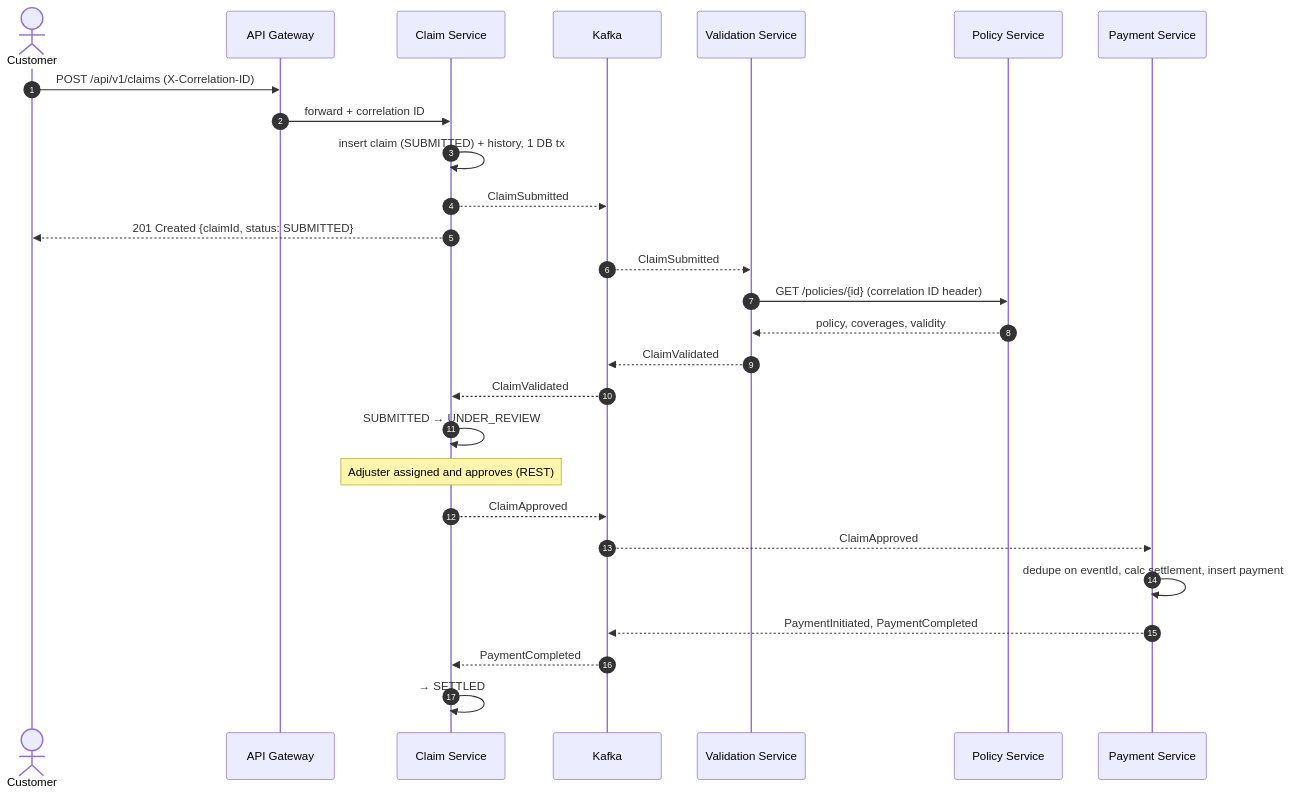
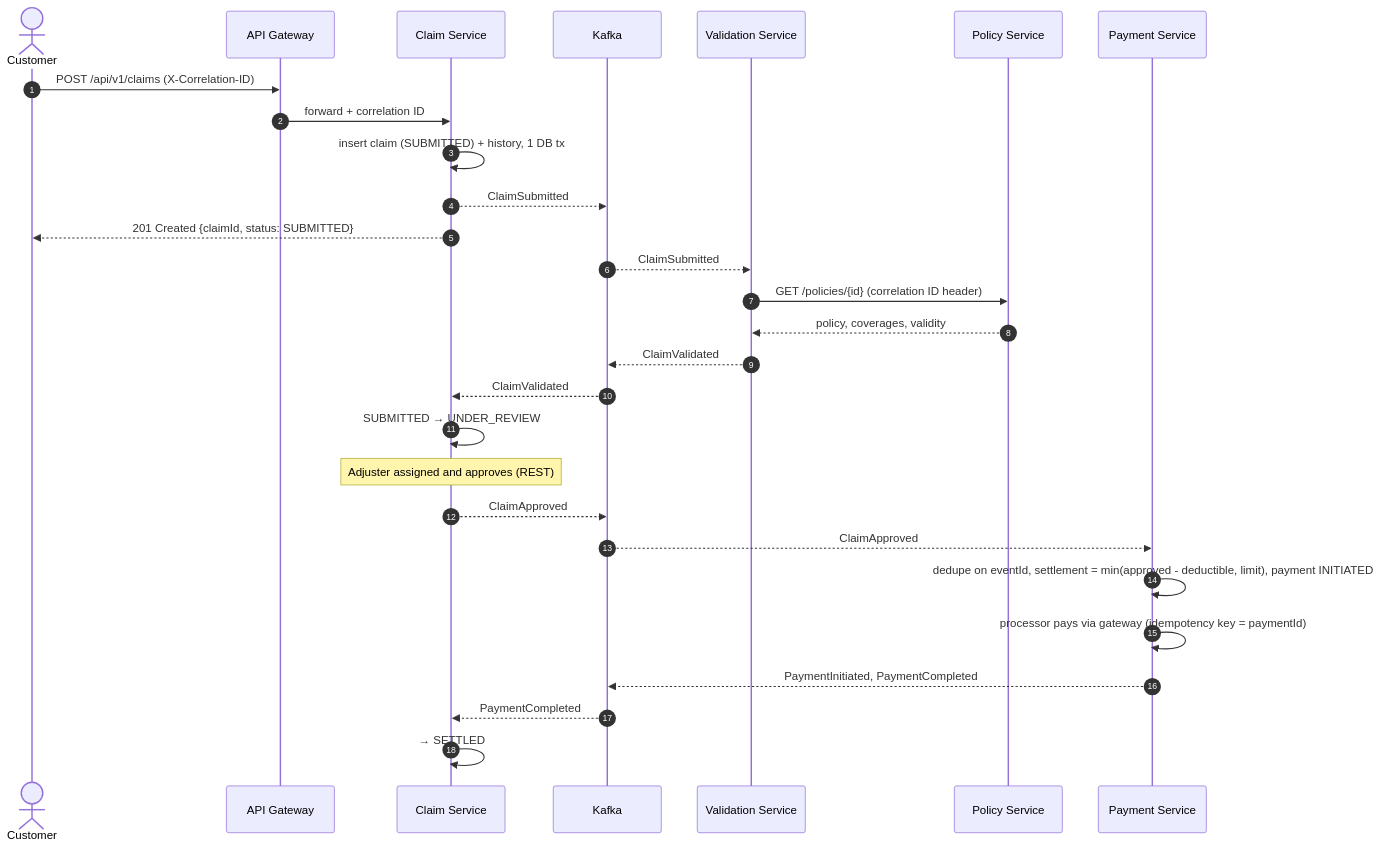
One commit to rajdeephere/claimflow changed the third of 5 diagrams in docs/system-design.md. Above: the diagram before and after it, drawn with Mermaid. The commit also changed other lines of this file and 45 other files, not shown here.

First line of the commit message:
feat(payment): Payment Service with idempotent settlement and payout (Phase 6)

````diff
--- a/docs/system-design.md
+++ b/docs/system-design.md
@@ -127,30 +127,31 @@
 ```mermaid
 sequenceDiagram
     autonumber
     actor C as Customer
     participant GW as API Gateway
     participant CS as Claim Service
     participant K as Kafka
     participant VS as Validation Service
     participant PS as Policy Service
     participant PAY as Payment Service
 
     C->>GW: POST /api/v1/claims (X-Correlation-ID)
     GW->>CS: forward + correlation ID
     CS->>CS: insert claim (SUBMITTED) + history, 1 DB tx
     CS-->>K: ClaimSubmitted
     CS-->>C: 201 Created {claimId, status: SUBMITTED}
     K-->>VS: ClaimSubmitted
     VS->>PS: GET /policies/{id} (correlation ID header)
     PS-->>VS: policy, coverages, validity
     VS-->>K: ClaimValidated
     K-->>CS: ClaimValidated
     CS->>CS: SUBMITTED → UNDER_REVIEW
     Note over CS: Adjuster assigned and approves (REST)
     CS-->>K: ClaimApproved
     K-->>PAY: ClaimApproved
-    PAY->>PAY: dedupe on eventId, calc settlement, insert payment
+    PAY->>PAY: dedupe on eventId, settlement = min(approved - deductible, limit), payment INITIATED
+    PAY->>PAY: processor pays via gateway (idempotency key = paymentId)
     PAY-->>K: PaymentInitiated, PaymentCompleted
     K-->>CS: PaymentCompleted
     CS->>CS: → SETTLED
 ```
````
